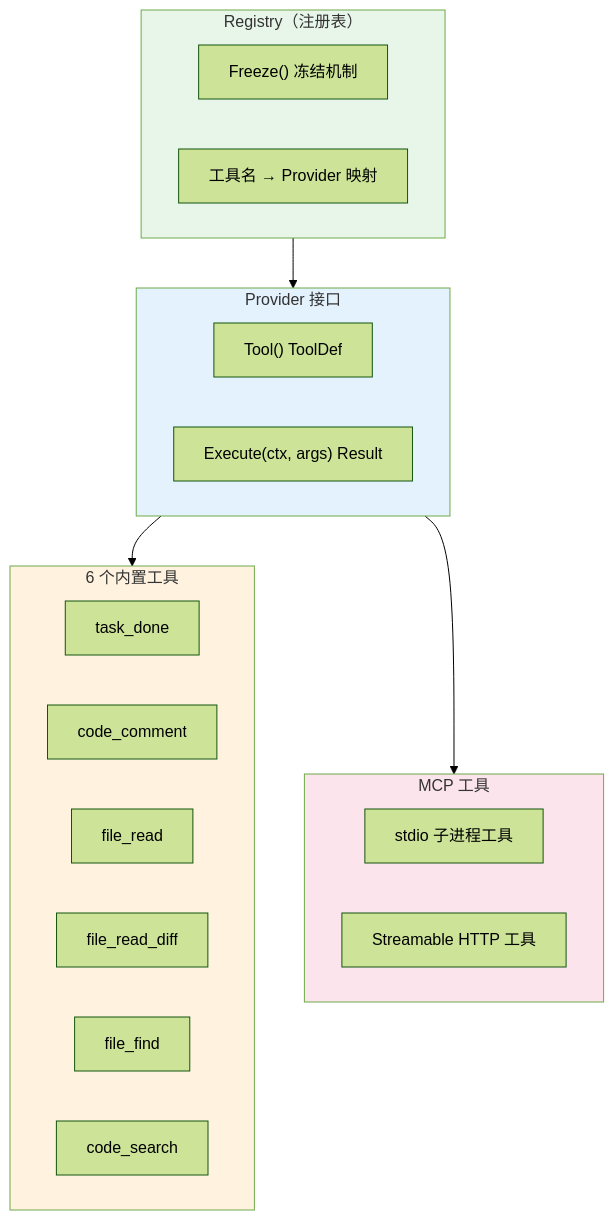
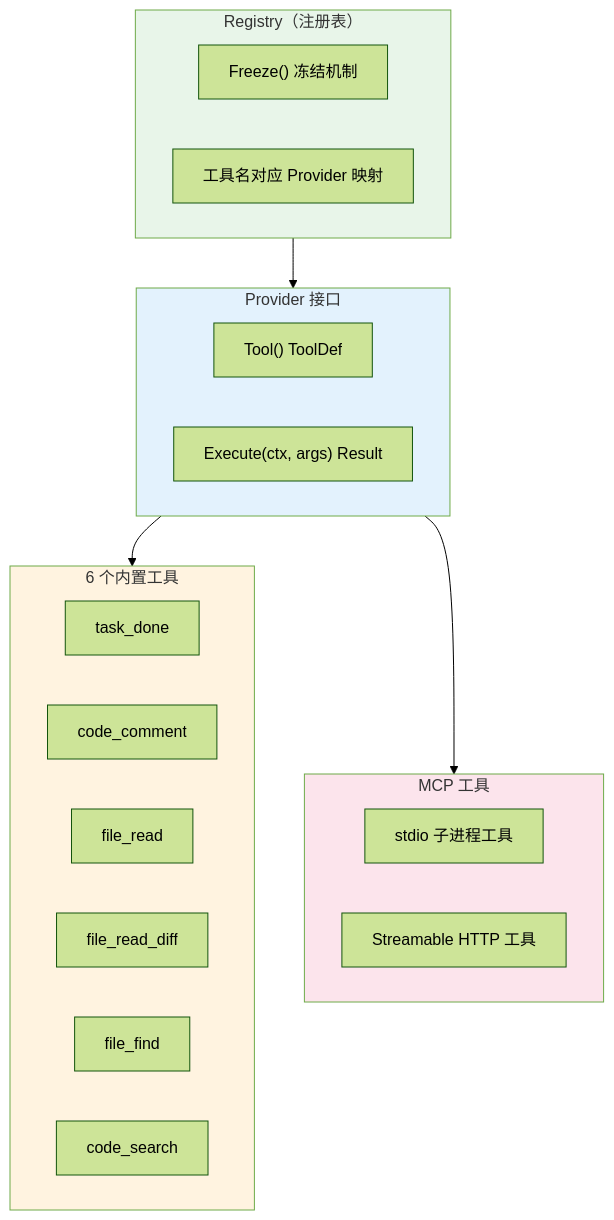
One commit to awesome-flexloop/awesome-okf changed the first of 9 diagrams in doc/bundles/jishu/ai/products/open-code-review/concepts/03-tools-mcp.md. Above: the diagram before and after it, drawn with Mermaid (forest theme). The commit also changed other lines of this file and 10 other files, not shown here.

First line of the commit message:
docs(bundle): 清偿 Open Code Review 存量 Mermaid 违规避免规范漂移累积

````diff
--- a/doc/bundles/jishu/ai/products/open-code-review/concepts/03-tools-mcp.md
+++ b/doc/bundles/jishu/ai/products/open-code-review/concepts/03-tools-mcp.md
@@ -25,35 +25,30 @@
 ```mermaid
 graph TB
     subgraph Registry["Registry（注册表）"]
         FREEZE["Freeze() 冻结机制"]
-        MAP["工具名 → Provider 映射"]
+        MAP["工具名对应 Provider 映射"]
     end
-
-    subgraph Provider接口["Provider 接口"]
+    subgraph PROVIDER ["Provider 接口"]
         TOOL["Tool() ToolDef"]
         EXEC["Execute(ctx, args) Result"]
     end
-
-    subgraph 内置工具["6 个内置工具"]
+    subgraph BUILTIN ["6 个内置工具"]
         TD["task_done"]
         CC["code_comment"]
         FR["file_read"]
         FRD["file_read_diff"]
         FF["file_find"]
         CS["code_search"]
     end
-
-    subgraph MCP工具["MCP 工具"]
+    subgraph MCPTOOLS ["MCP 工具"]
         MCP1["stdio 子进程工具"]
         MCP2["Streamable HTTP 工具"]
     end
-
-    Registry --> Provider接口
-    Provider接口 --> 内置工具
-    Provider接口 --> MCP工具
-
+    Registry --> PROVIDER
+    PROVIDER --> BUILTIN
+    PROVIDER --> MCPTOOLS
     style Registry fill:#e8f5e9
-    style Provider接口 fill:#e3f2fd
-    style 内置工具 fill:#fff3e0
-    style MCP工具 fill:#fce4ec
+    style PROVIDER fill:#e3f2fd
+    style BUILTIN fill:#fff3e0
+    style MCPTOOLS fill:#fce4ec
 ```
````
